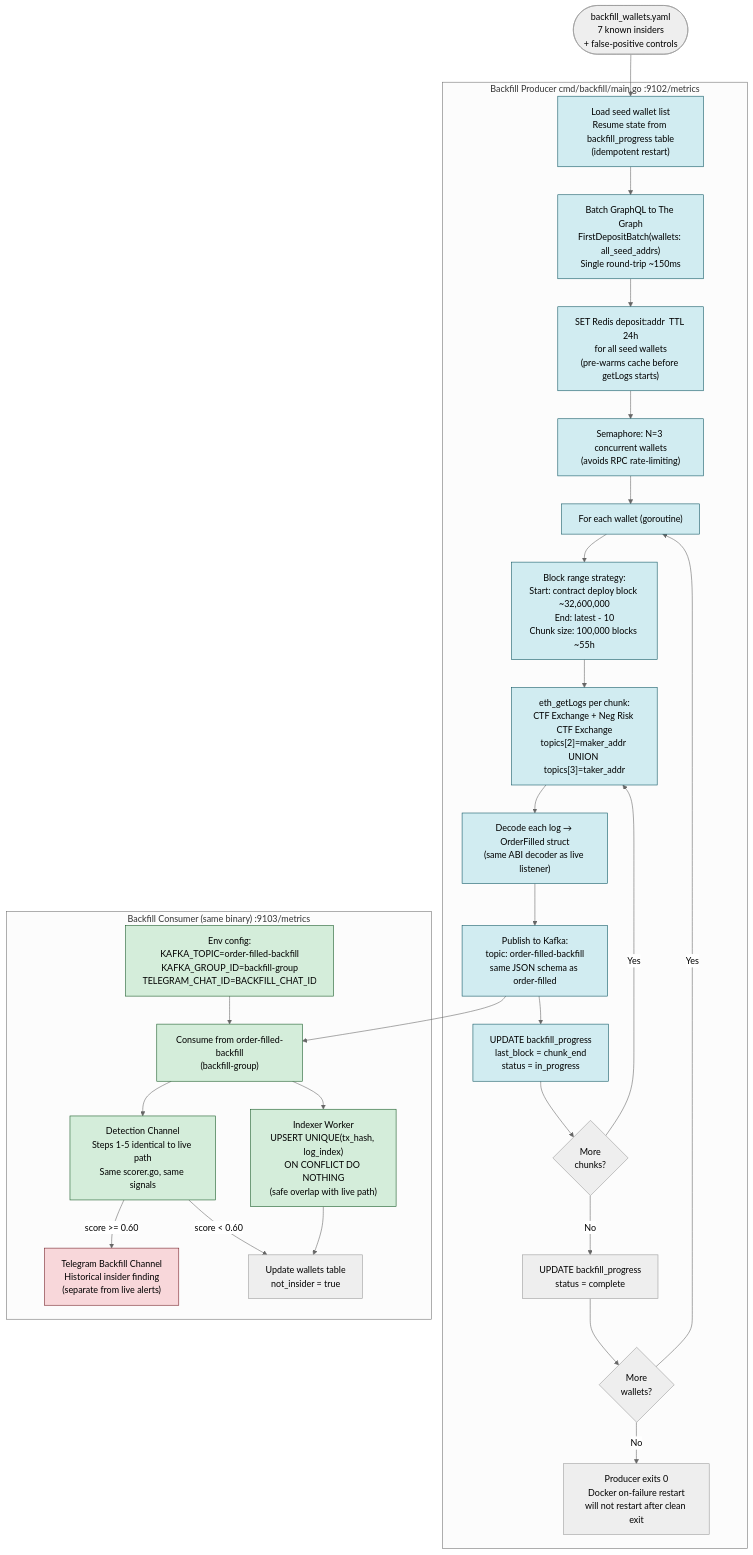
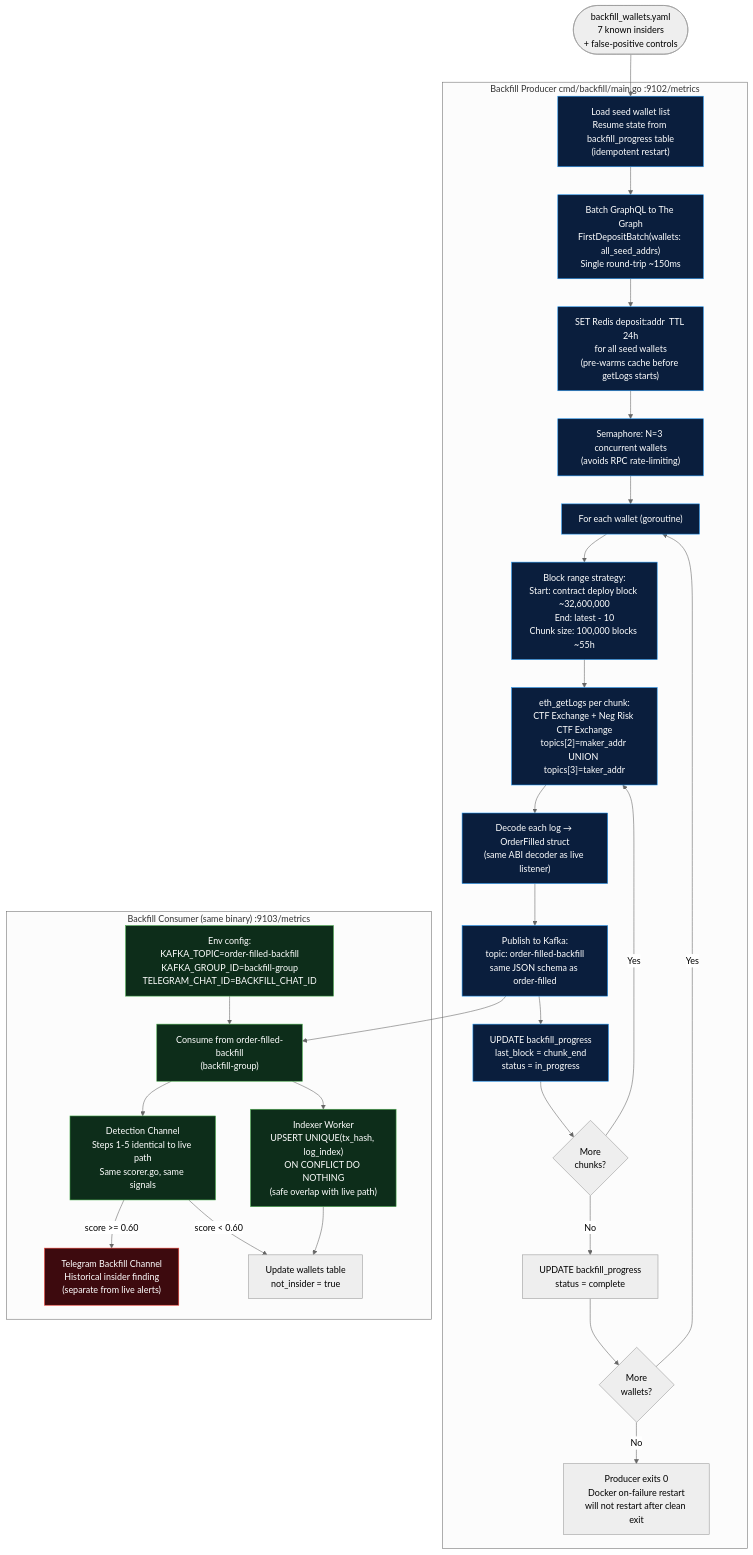
The sixth of 8 diagrams in polymarket_insider_trading_detection_diagram.md (rahul7668gupta/polymarket-insider-trading-indexing-and-detection), drawn with Mermaid (neutral theme) before and after one commit. The commit also changed other lines of this file, not shown here.

Commit message:
diagram color scheme update

````diff
--- a/polymarket_insider_trading_detection_diagram.md
+++ b/polymarket_insider_trading_detection_diagram.md
@@ -369,48 +369,48 @@
 ```mermaid
 flowchart TD
     YAML(["backfill_wallets.yaml<br/>7 known insiders<br/>+ false-positive controls"]) --> BP_START
 
     subgraph PRODUCER["Backfill Producer  cmd/backfill/main.go  :9102/metrics"]
         BP_START["Load seed wallet list<br/>Resume state from backfill_progress table<br/>(idempotent restart)"]
 
         BP_START --> PREWARM["Batch GraphQL to The Graph<br/>FirstDepositBatch(wallets: all_seed_addrs)<br/>Single round-trip ~150ms"]
         PREWARM --> REDIS_SEED["SET Redis deposit:addr  TTL 24h<br/>for all seed wallets<br/>(pre-warms cache before getLogs starts)"]
 
         REDIS_SEED --> SEM["Semaphore: N=3 concurrent wallets<br/>(avoids RPC rate-limiting)"]
         SEM --> WALLET_LOOP["For each wallet (goroutine)"]
 
         WALLET_LOOP --> BLOCK_RANGE["Block range strategy:<br/>Start: contract deploy block ~32,600,000<br/>End: latest - 10<br/>Chunk size: 100,000 blocks ~55h"]
 
         BLOCK_RANGE --> GETLOGS["eth_getLogs per chunk:<br/>CTF Exchange + Neg Risk CTF Exchange<br/>topics[2]=maker_addr UNION topics[3]=taker_addr"]
 
         GETLOGS --> DECODE["Decode each log → OrderFilled struct<br/>(same ABI decoder as live listener)"]
         DECODE --> PUBLISH["Publish to Kafka:<br/>topic: order-filled-backfill<br/>same JSON schema as order-filled"]
         PUBLISH --> PROGRESS["UPDATE backfill_progress<br/>last_block = chunk_end<br/>status = in_progress"]
         PROGRESS --> MORE{"More<br/>chunks?"}
         MORE -->|"Yes"| GETLOGS
         MORE -->|"No"| DONE["UPDATE backfill_progress<br/>status = complete"]
         DONE --> NEXT{"More<br/>wallets?"}
         NEXT -->|"Yes"| WALLET_LOOP
         NEXT -->|"No"| EXIT["Producer exits 0<br/>Docker on-failure restart<br/>will not restart after clean exit"]
     end
 
     subgraph CONSUMER_BC["Backfill Consumer  (same binary)  :9103/metrics"]
         BC_CONF["Env config:<br/>KAFKA_TOPIC=order-filled-backfill<br/>KAFKA_GROUP_ID=backfill-group<br/>TELEGRAM_CHAT_ID=BACKFILL_CHAT_ID"]
         BC_CONF --> BC_CONSUME["Consume from order-filled-backfill<br/>(backfill-group)"]
         BC_CONSUME --> BC_INDEX["Indexer Worker<br/>UPSERT UNIQUE(tx_hash, log_index)<br/>ON CONFLICT DO NOTHING<br/>(safe overlap with live path)"]
         BC_CONSUME --> BC_DETECT["Detection Channel<br/>Steps 1-5 identical to live path<br/>Same scorer.go, same signals"]
         BC_DETECT -->|"score >= 0.60"| TG_HIST["Telegram Backfill Channel<br/>Historical insider finding<br/>(separate from live alerts)"]
         BC_DETECT -->|"score < 0.60"| BC_DB["Update wallets table<br/>not_insider = true"]
         BC_INDEX --> BC_DB
     end
 
     PUBLISH --> BC_CONSUME
 
-    classDef prod fill:#d1ecf1,stroke:#0c5460
-    classDef consumer fill:#d4edda,stroke:#155724
-    classDef alert fill:#f8d7da,stroke:#721c24
+    classDef prod fill:#0a1e3d,stroke:#2196f3,color:#fff
+    classDef consumer fill:#0d2d1a,stroke:#4caf50,color:#fff
+    classDef alert fill:#3d0a0e,stroke:#f44336,color:#fff
 
     class BP_START,PREWARM,REDIS_SEED,SEM,WALLET_LOOP,BLOCK_RANGE,GETLOGS,DECODE,PUBLISH,PROGRESS prod
     class BC_CONF,BC_CONSUME,BC_INDEX,BC_DETECT consumer
     class TG_HIST alert
 ```
````
